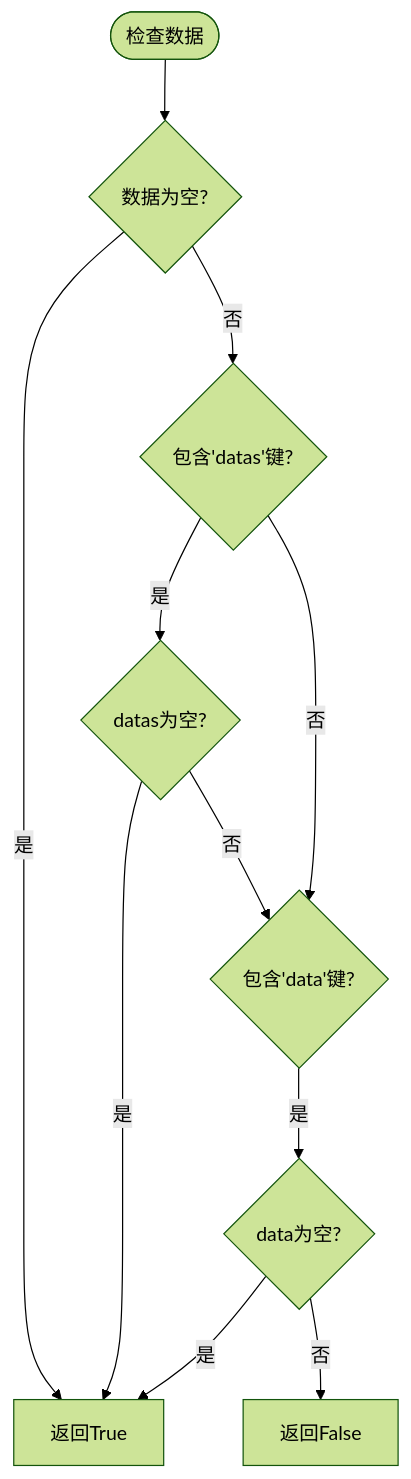
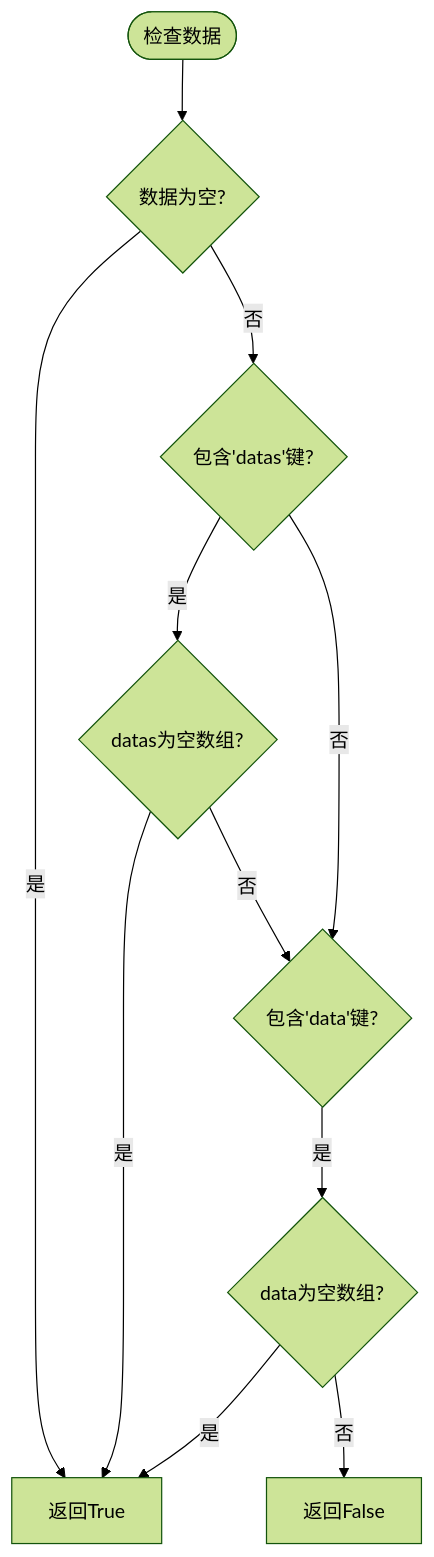
Before and after one commit to Moruime/stock_foker: diagram 14 of 16 in .qoder/repowiki/zh/content/数据源服务增强.md, drawn with Mermaid (forest theme). The commit also changed other lines of this file and 37 other files, not shown here.

````diff
--- a/.qoder/repowiki/zh/content/数据源服务增强.md
+++ b/.qoder/repowiki/zh/content/数据源服务增强.md
@@ -761,13 +802,13 @@
 ```mermaid
 flowchart TD
 Start([检查数据]) --> CheckEmpty{"数据为空?"}
 CheckEmpty --> |是| ReturnTrue["返回True"]
 CheckEmpty --> |否| CheckDatas{"包含'datas'键?"}
-CheckDatas --> |是| CheckDatasEmpty{"datas为空?"}
+CheckDatas --> |是| CheckDatasEmpty{"datas为空数组?"}
 CheckDatasEmpty --> |是| ReturnTrue
 CheckDatasEmpty --> |否| CheckDataKey{"包含'data'键?"}
-CheckDataKey --> |是| CheckDataEmpty{"data为空?"}
+CheckDataKey --> |是| CheckDataEmpty{"data为空数组?"}
 CheckDataEmpty --> |是| ReturnTrue
 CheckDataEmpty --> |否| ReturnFalse["返回False"]
 CheckDatas --> |否| CheckDataKey
 ```
````
